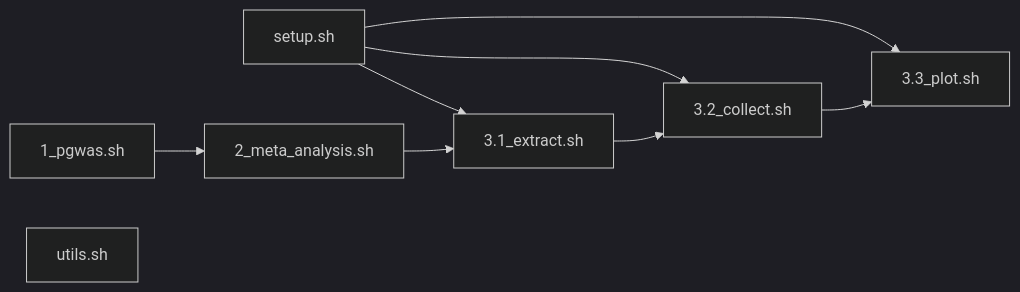
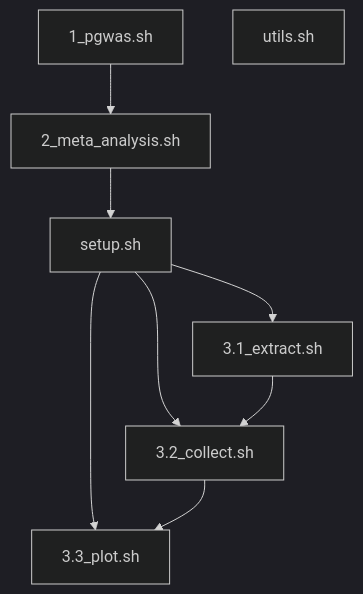
One commit to jinghuazhao/Caprion changed the first of 2 diagrams in peptide_progs/README.md. Above: the diagram before and after it, drawn with Mermaid (dark theme).

Commit message:
Analysis

````diff
--- a/peptide_progs/README.md
+++ b/peptide_progs/README.md
@@ -25,11 +25,11 @@
 ```mermaid
-graph LR;
+graph TD;
 1_pgwas.sh
 2_meta_analysis.sh
-setup.sh
+1_pgwas.sh --> 2_meta_analysis.sh --> setup.sh
 setup.sh --> 3.1_extract.sh
 setup.sh --> 3.2_collect.sh
 setup.sh --> 3.3_plot.sh
-1_pgwas.sh --> 2_meta_analysis.sh --> 3.1_extract.sh --> 3.2_collect.sh --> 3.3_plot.sh
+3.1_extract.sh --> 3.2_collect.sh --> 3.3_plot.sh
 utils.sh
 ```
````
